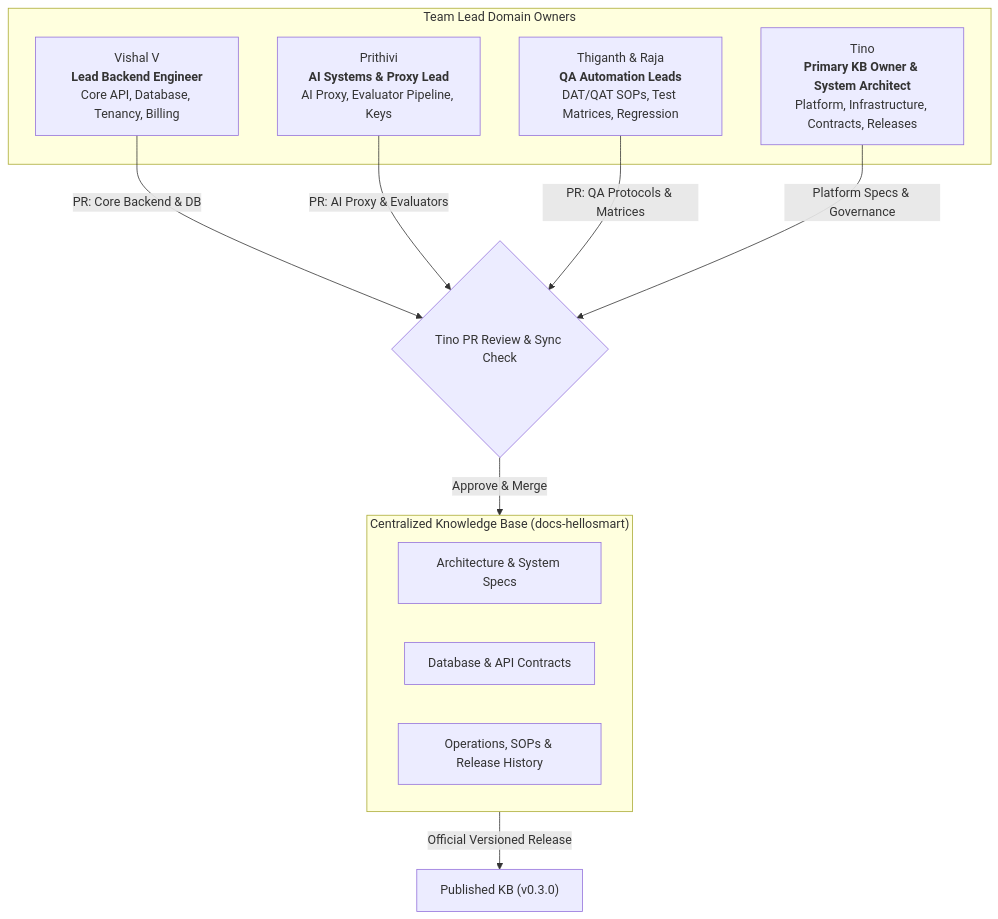
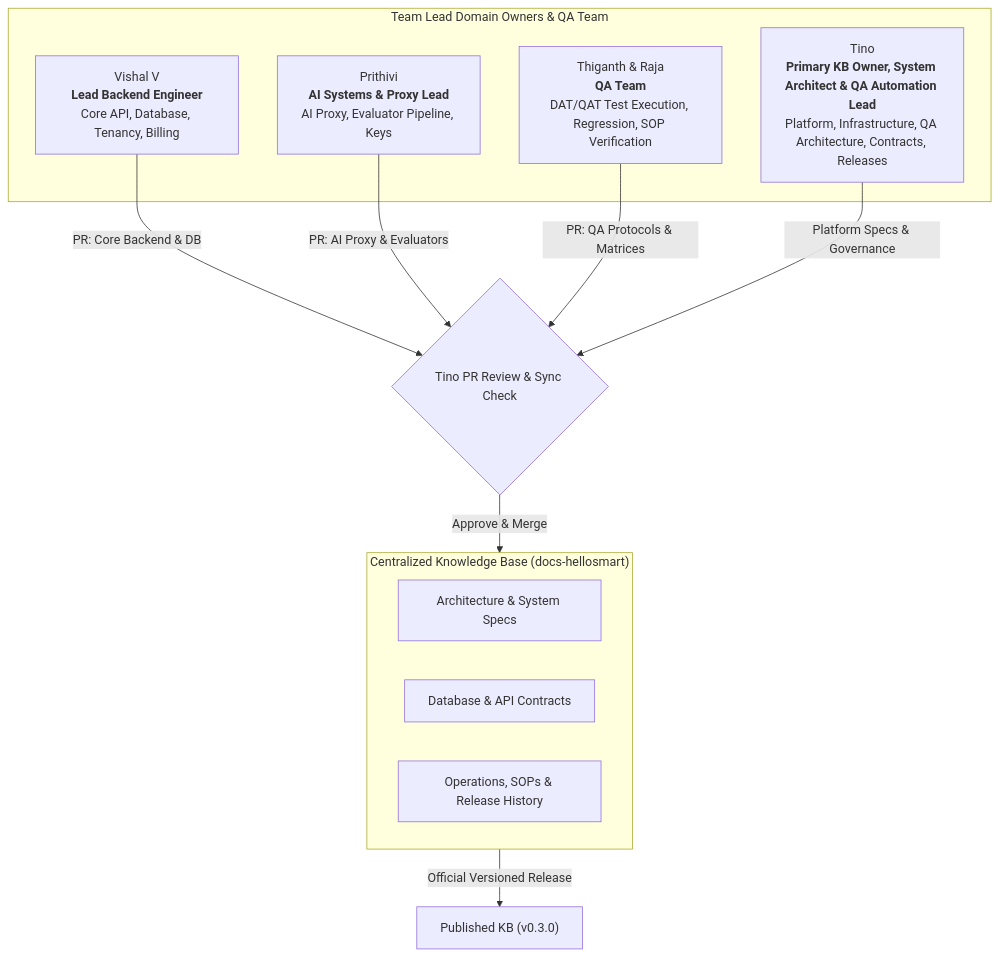
Before and after one commit to infinitica-dev/docs-hellosmart: the first of 2 diagrams in content/docs/operations/knowledge-base-governance.mdx, drawn with Mermaid. The commit also changed other lines of this file and 5 other files, not shown here.

Commit message:
docs(governance): clarify QA leadership under Tino Britty and designate Thiganth and Raja as QA Team

````diff
--- a/content/docs/operations/knowledge-base-governance.mdx
+++ b/content/docs/operations/knowledge-base-governance.mdx
@@ -20,23 +20,23 @@
 ```mermaid
 flowchart TD
-    subgraph Leads["Team Lead Domain Owners"]
-        Tino["Tino<br/><b>Primary KB Owner & System Architect</b><br/>Platform, Infrastructure, Contracts, Releases"]
+    subgraph Leads["Team Lead Domain Owners & QA Team"]
+        Tino["Tino<br/><b>Primary KB Owner, System Architect & QA Automation Lead</b><br/>Platform, Infrastructure, QA Architecture, Contracts, Releases"]
         Vishal["Vishal V<br/><b>Lead Backend Engineer</b><br/>Core API, Database, Tenancy, Billing"]
         Prithivi["Prithivi<br/><b>AI Systems & Proxy Lead</b><br/>AI Proxy, Evaluator Pipeline, Keys"]
-        QA["Thiganth & Raja<br/><b>QA Automation Leads</b><br/>DAT/QAT SOPs, Test Matrices, Regression"]
+        QA["Thiganth & Raja<br/><b>QA Team</b><br/>DAT/QAT Test Execution, Regression, SOP Verification"]
     end
 
     subgraph Repo["Centralized Knowledge Base (docs-hellosmart)"]
         Gov["Architecture & System Specs"]
         Schema["Database & API Contracts"]
         Ops["Operations, SOPs & Release History"]
     end
 
     Vishal -- "PR: Core Backend & DB" --> PRReview{"Tino PR Review & Sync Check"}
     Prithivi -- "PR: AI Proxy & Evaluators" --> PRReview
     QA -- "PR: QA Protocols & Matrices" --> PRReview
     Tino -- "Platform Specs & Governance" --> PRReview
 
     PRReview -- "Approve & Merge" --> Repo
     Repo -- "Official Versioned Release" --> Pub["Published KB (v0.3.0)"]
 ```
````
